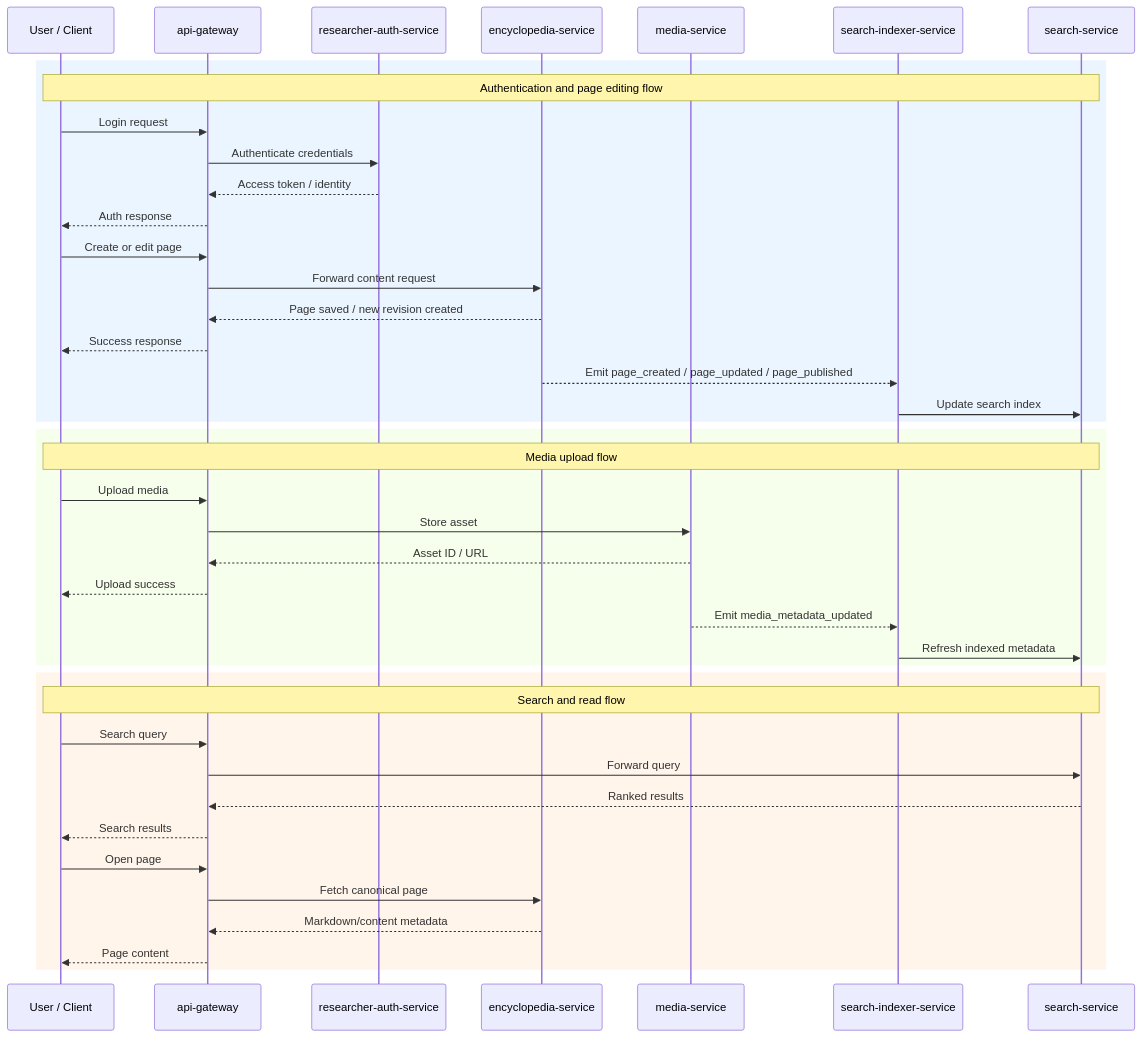
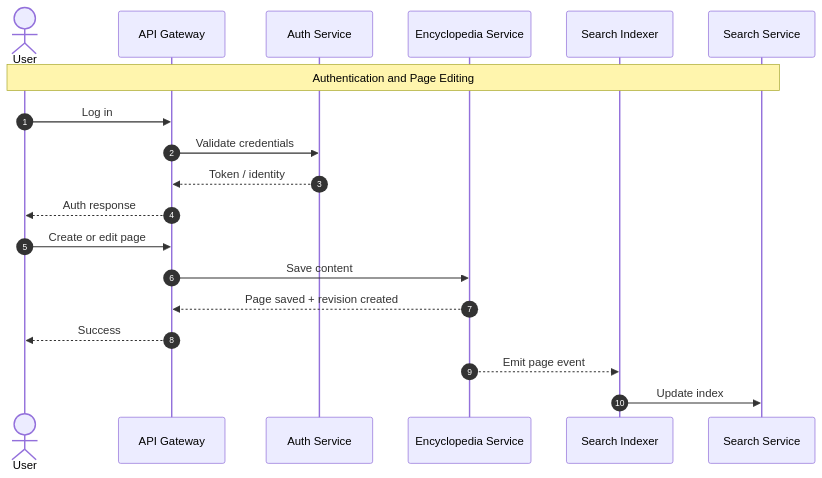
Before and after one commit to senivan/anomaly-wiki: the first of 3 diagrams in docs/MICROSERVICE_ARCH.md, drawn with Mermaid. The commit also changed other lines of this file, not shown here.

Commit message:
Refactor sequence diagrams for clarity and consistency

````diff
--- a/docs/MICROSERVICE_ARCH.md
+++ b/docs/MICROSERVICE_ARCH.md
@@ -298,50 +298,26 @@
 ```mermaid
 sequenceDiagram
-    participant U as User / Client
-    participant G as api-gateway
-    participant A as researcher-auth-service
-    participant E as encyclopedia-service
-    participant M as media-service
-    participant I as search-indexer-service
-    participant S as search-service
+    autonumber
 
-    rect rgb(235, 245, 255)
-    Note over U,S: Authentication and page editing flow
-    U->>G: Login request
-    G->>A: Authenticate credentials
-    A-->>G: Access token / identity
+    actor U as User
+    participant G as API Gateway
+    participant A as Auth Service
+    participant E as Encyclopedia Service
+    participant I as Search Indexer
+    participant S as Search Service
+
+    Note over U,S: Authentication and Page Editing
+
+    U->>G: Log in
+    G->>A: Validate credentials
+    A-->>G: Token / identity
     G-->>U: Auth response
 
     U->>G: Create or edit page
-    G->>E: Forward content request
-    E-->>G: Page saved / new revision created
-    G-->>U: Success response
+    G->>E: Save content
+    E-->>G: Page saved + revision created
+    G-->>U: Success
 
-    E-->>I: Emit page_created / page_updated / page_published
-    I->>S: Update search index
-    end
-
-    rect rgb(245, 255, 235)
-    Note over U,S: Media upload flow
-    U->>G: Upload media
-    G->>M: Store asset
-    M-->>G: Asset ID / URL
-    G-->>U: Upload success
-
-    M-->>I: Emit media_metadata_updated
-    I->>S: Refresh indexed metadata
-    end
-
-    rect rgb(255, 245, 235)
-    Note over U,S: Search and read flow
-    U->>G: Search query
-    G->>S: Forward query
-    S-->>G: Ranked results
-    G-->>U: Search results
-
-    U->>G: Open page
-    G->>E: Fetch canonical page
-    E-->>G: Markdown/content metadata
-    G-->>U: Page content
-    end
+    E-->>I: Emit page event
+    I->>S: Update index
 ```
````
